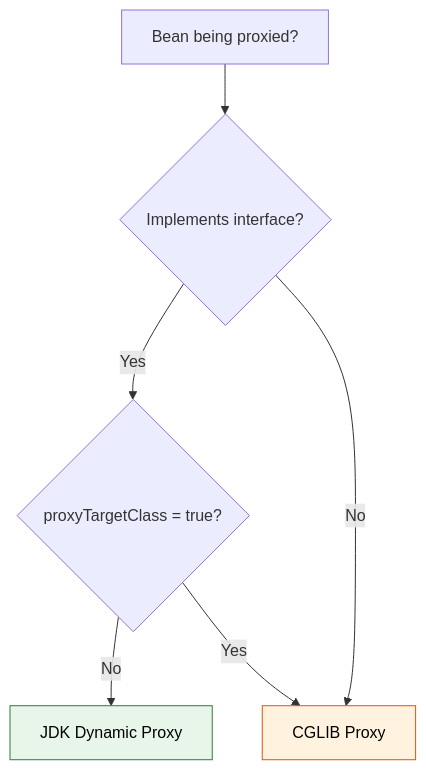
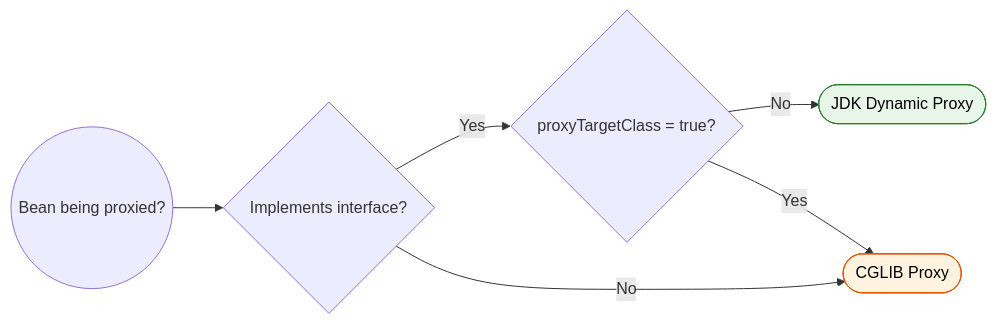
Before and after one commit to saivamsikaruturi/vamsilabs-dev-notes-main: the third of 3 diagrams in docs/java/DynamicProxy.md, drawn with Mermaid. The commit also changed other lines of this file and 146 other files, not shown here.

Commit message:
Horizontal diagrams, UML class diagrams, typography overhaul, and permalink cleanup

````diff
--- a/docs/java/DynamicProxy.md
+++ b/docs/java/DynamicProxy.md
@@ -354,11 +354,11 @@
 ```mermaid
-flowchart TD
-    A[Bean being proxied?] --> B{Implements interface?}
-    B -->|Yes| C{proxyTargetClass = true?}
-    C -->|No| D[JDK Dynamic Proxy]
-    C -->|Yes| E[CGLIB Proxy]
+flowchart LR
+    A(("Bean being proxied?")) --> B{"Implements interface?"}
+    B -->|Yes| C{"proxyTargetClass = true?"}
+    C -->|No| D(["JDK Dynamic Proxy"])
+    C -->|Yes| E(["CGLIB Proxy"])
     B -->|No| E
 
     style D fill:#E8F5E9,stroke:#2E7D32,color:#000
     style E fill:#FFF3E0,stroke:#E65100,color:#000
 ```
````
